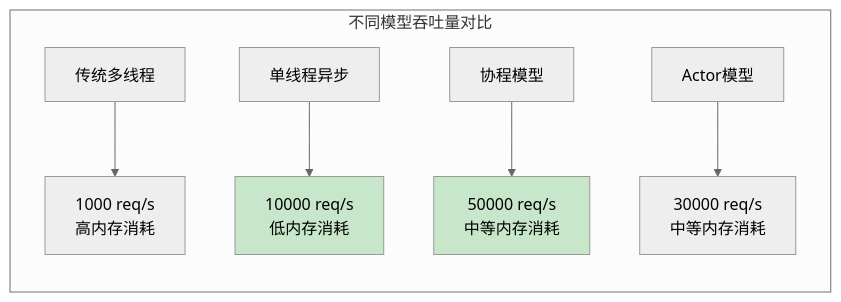
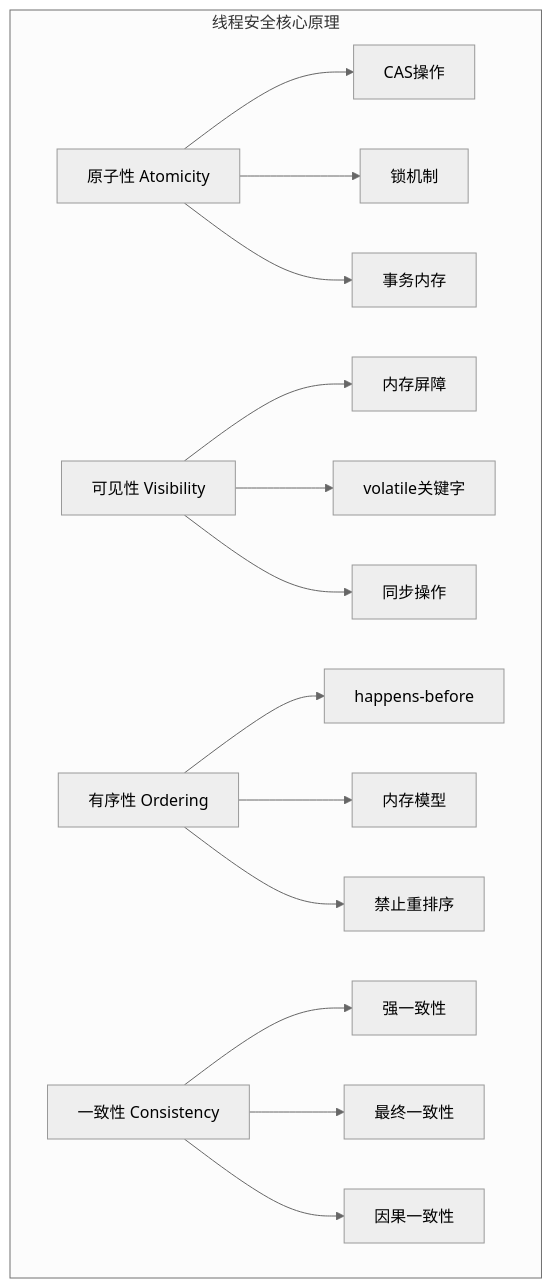
One commit to chongyang211/YCBookBlog changed diagram 13 of 19 in 00.通用技术的提升/README.md. Above: the diagram before and after it, drawn with Mermaid (neutral theme). The commit also changed other lines of this file, not shown here.

````diff
--- a/00.通用技术的提升/README.md
+++ b/00.通用技术的提升/README.md
@@ -699,12 +556,20 @@
 ```mermaid
-graph LR
-    subgraph "不同模型吞吐量对比"
-        A[传统多线程] --> A1[1000 req/s<br/>高内存消耗]
-        B[单线程异步] --> B1[10000 req/s<br/>低内存消耗]
-        C[协程模型] --> C1[50000 req/s<br/>中等内存消耗]
-        D[Actor模型] --> D1[30000 req/s<br/>中等内存消耗]
+graph TB
+    subgraph "线程安全核心原理"
+        A[原子性 Atomicity] --> A1[CAS操作]
+        A --> A2[锁机制]
+        A --> A3[事务内存]
+        
+        B[可见性 Visibility] --> B1[内存屏障]
+        B --> B2[volatile关键字]
+        B --> B3[同步操作]
+        
+        C[有序性 Ordering] --> C1[happens-before]
+        C --> C2[内存模型]
+        C --> C3[禁止重排序]
+        
+        D[一致性 Consistency] --> D1[强一致性]
+        D --> D2[最终一致性]
+        D --> D3[因果一致性]
     end
-    
-    style B1 fill:#c8e6c9
-    style C1 fill:#c8e6c9
 ```
````
